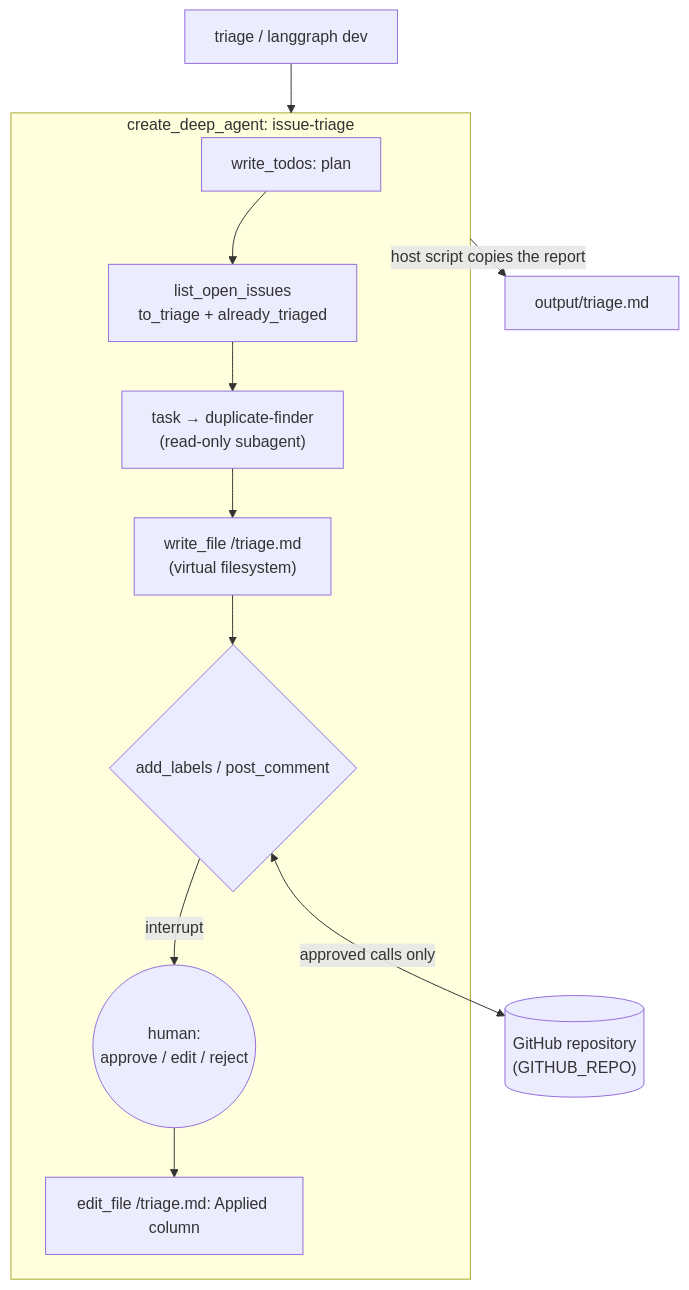
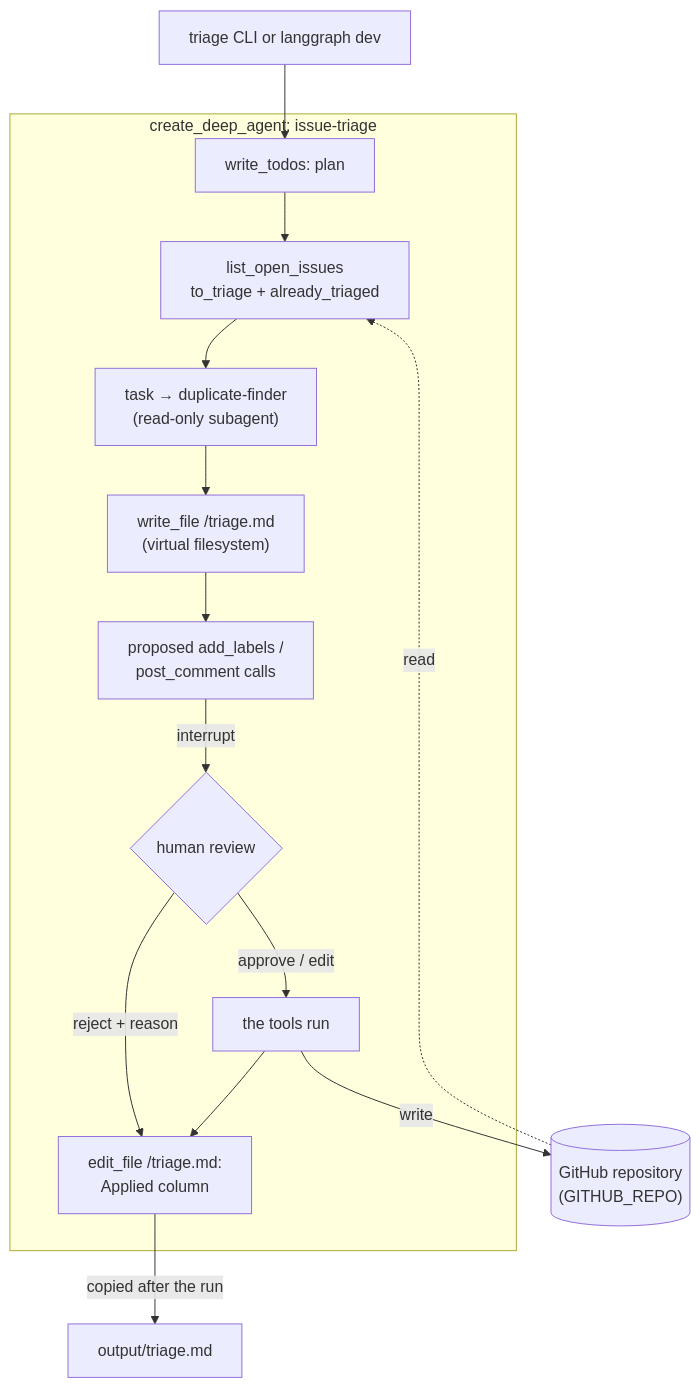
Before and after one commit to brkakyldz/github-issue-triage-agent: the diagram in README.md, drawn with Mermaid.

Commit message:
Show reads, approved writes and rejections in the architecture diagram

````diff
--- a/README.md
+++ b/README.md
@@ -40,14 +40,17 @@
 ```mermaid
 flowchart TD
-    U["triage / langgraph dev"] --> A
+    U["triage CLI or langgraph dev"] --> P
     subgraph A["create_deep_agent: issue-triage"]
         P["write_todos: plan"] --> L["list_open_issues<br/>to_triage + already_triaged"]
         L --> T["task → duplicate-finder<br/>(read-only subagent)"]
         T --> W["write_file /triage.md<br/>(virtual filesystem)"]
-        W --> H{"add_labels / post_comment"}
-        H -->|interrupt| R(("human:<br/>approve / edit / reject"))
-        R --> E["edit_file /triage.md: Applied column"]
+        W --> H["proposed add_labels /<br/>post_comment calls"]
+        H -->|interrupt| R{"human review"}
+        R -->|approve / edit| X["the tools run"]
+        R -->|reject + reason| E
+        X --> E["edit_file /triage.md:<br/>Applied column"]
     end
-    H <-->|approved calls only| GH[("GitHub repository<br/>(GITHUB_REPO)")]
-    A -->|host script copies the report| F["output/triage.md"]
+    GH[("GitHub repository<br/>(GITHUB_REPO)")] -.->|read| L
+    X -->|write| GH
+    E -->|copied after the run| F["output/triage.md"]
 ```
````
